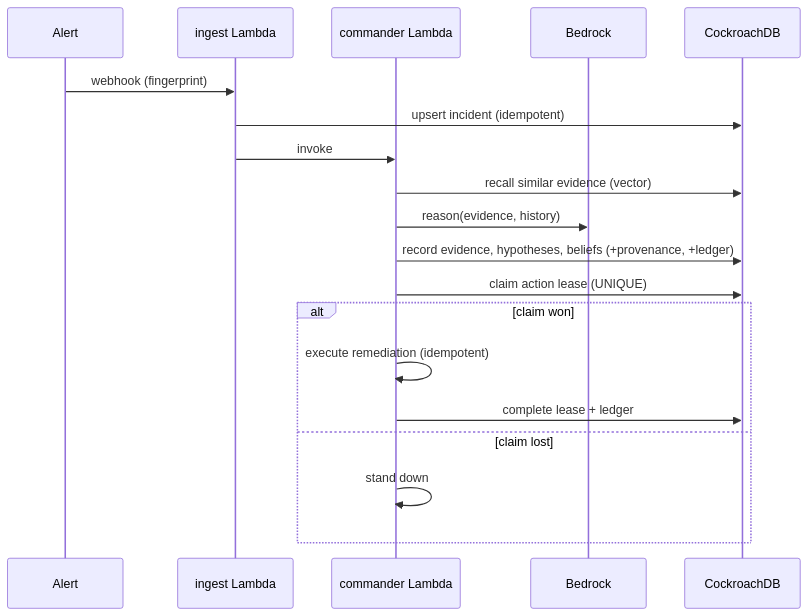
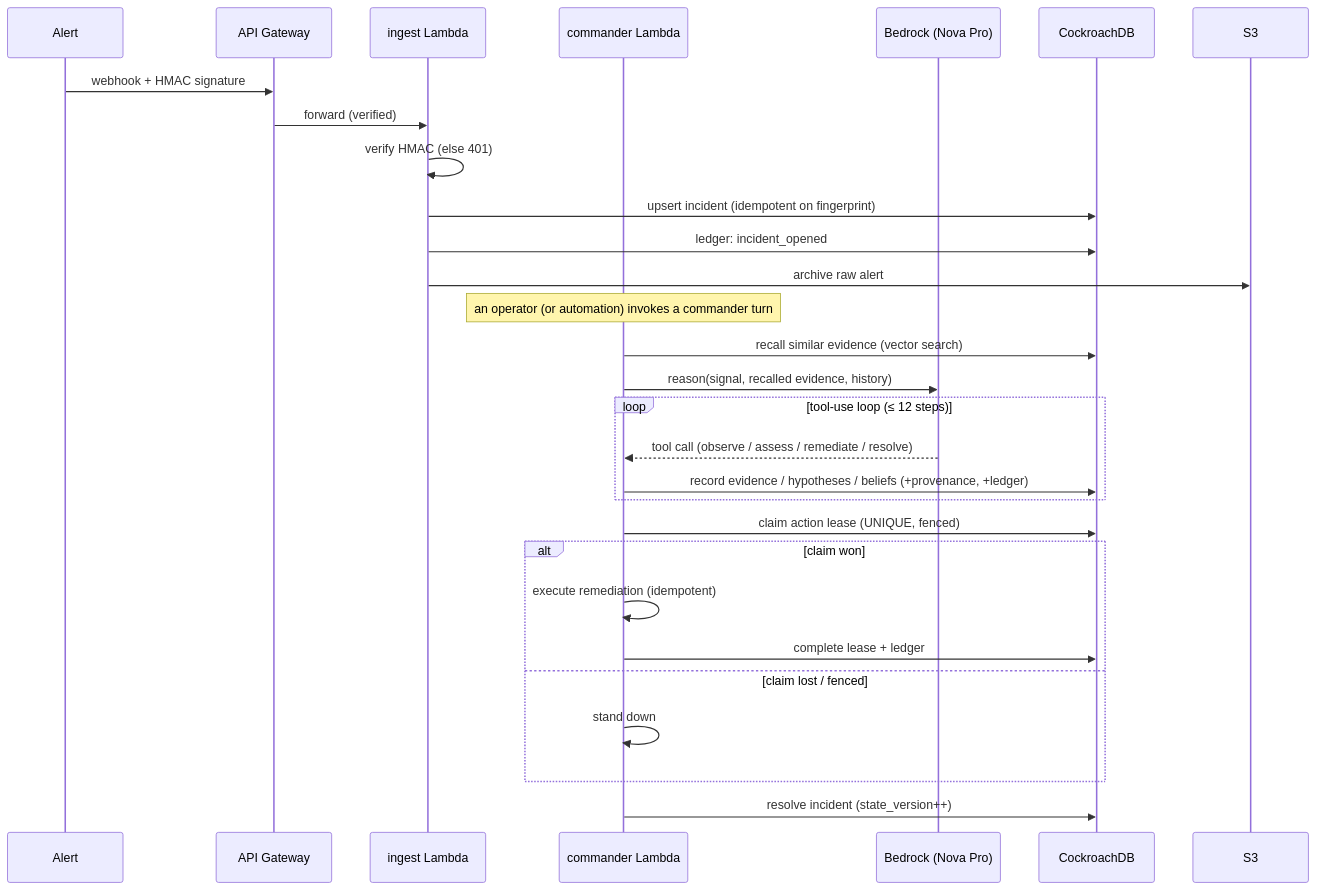
One commit to umarhashmi2002/backcast changed the second of 5 diagrams in docs/ARCHITECTURE.md. Above: the diagram before and after it, drawn with Mermaid. The commit also changed other lines of this file and 4 other files, not shown here.

````diff
--- a/docs/ARCHITECTURE.md
+++ b/docs/ARCHITECTURE.md
@@ -37,21 +131,30 @@
 ```mermaid
 sequenceDiagram
     participant Alert
+    participant GW as API Gateway
     participant Ingest as ingest Lambda
     participant Cmd as commander Lambda
-    participant BR as Bedrock
+    participant BR as Bedrock (Nova Pro)
     participant DB as CockroachDB
-    Alert->>Ingest: webhook (fingerprint)
-    Ingest->>DB: upsert incident (idempotent)
-    Ingest->>Cmd: invoke
-    Cmd->>DB: recall similar evidence (vector)
-    Cmd->>BR: reason(evidence, history)
-    Cmd->>DB: record evidence, hypotheses, beliefs (+provenance, +ledger)
-    Cmd->>DB: claim action lease (UNIQUE)
+    Alert->>GW: webhook + HMAC signature
+    GW->>Ingest: forward (verified)
+    Ingest->>Ingest: verify HMAC (else 401)
+    Ingest->>DB: upsert incident (idempotent on fingerprint)
+    Ingest->>DB: ledger: incident_opened
+    Ingest->>S3: archive raw alert
+    Note over Cmd: an operator (or automation) invokes a commander turn
+    Cmd->>DB: recall similar evidence (vector search)
+    Cmd->>BR: reason(signal, recalled evidence, history)
+    loop tool-use loop (≤ 12 steps)
+        BR-->>Cmd: tool call (observe / assess / remediate / resolve)
+        Cmd->>DB: record evidence / hypotheses / beliefs (+provenance, +ledger)
+    end
+    Cmd->>DB: claim action lease (UNIQUE, fenced)
     alt claim won
         Cmd->>Cmd: execute remediation (idempotent)
         Cmd->>DB: complete lease + ledger
-    else claim lost
+    else claim lost / fenced
         Cmd->>Cmd: stand down
     end
+    Cmd->>DB: resolve incident (state_version++)
 ```
````
